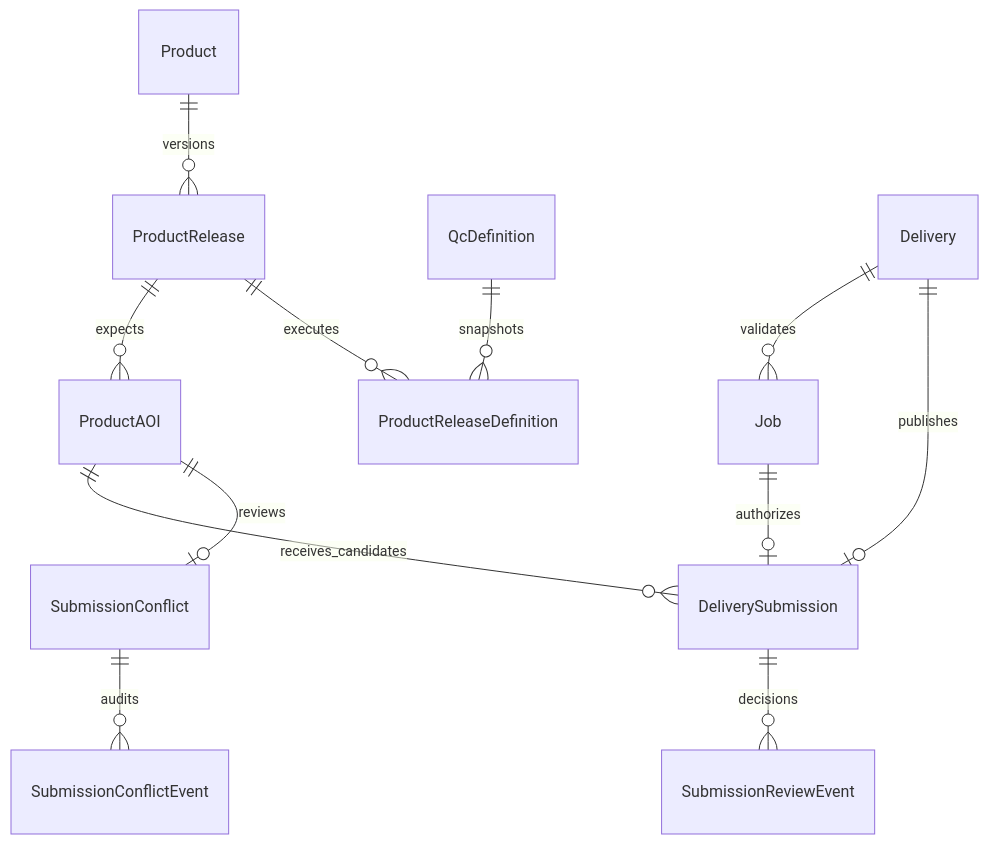
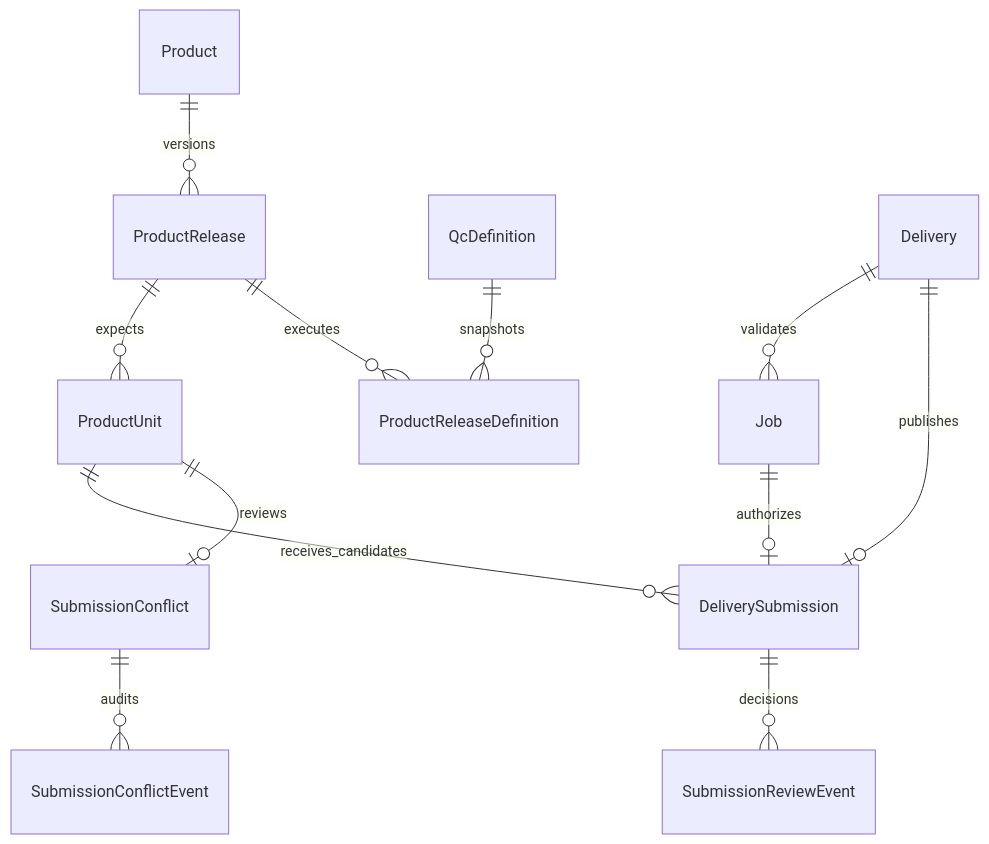
The first of 2 diagrams in docs/architecture/product-catalog-and-submissions.md (eea/copernicus_quality_tools), drawn with Mermaid before and after one commit. The commit also changed other lines of this file and 188 other files, not shown here.

Commit message:
audit database schema and approve logical naming

````diff
--- a/docs/architecture/product-catalog-and-submissions.md
+++ b/docs/architecture/product-catalog-and-submissions.md
@@ -31,14 +31,14 @@
 ```mermaid
 erDiagram
     Product ||--o{ ProductRelease : versions
-    ProductRelease ||--o{ ProductAOI : expects
+    ProductRelease ||--o{ ProductUnit : expects
     ProductRelease ||--o{ ProductReleaseDefinition : executes
     QcDefinition ||--o{ ProductReleaseDefinition : snapshots
     Delivery ||--o{ Job : validates
     Delivery ||--o| DeliverySubmission : publishes
     Job ||--o| DeliverySubmission : authorizes
-    ProductAOI ||--o{ DeliverySubmission : receives_candidates
-    ProductAOI ||--o| SubmissionConflict : reviews
+    ProductUnit ||--o{ DeliverySubmission : receives_candidates
+    ProductUnit ||--o| SubmissionConflict : reviews
     SubmissionConflict ||--o{ SubmissionConflictEvent : audits
     DeliverySubmission ||--o{ SubmissionReviewEvent : decisions
 ```
````
